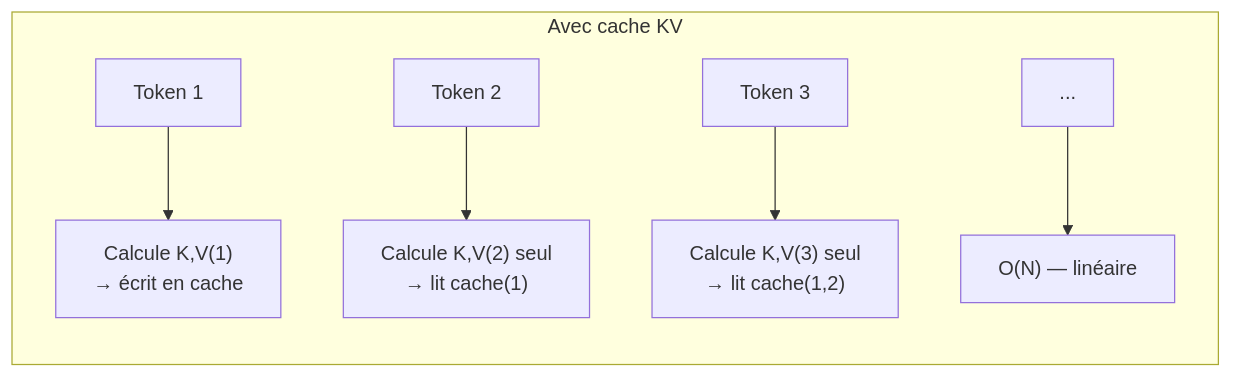
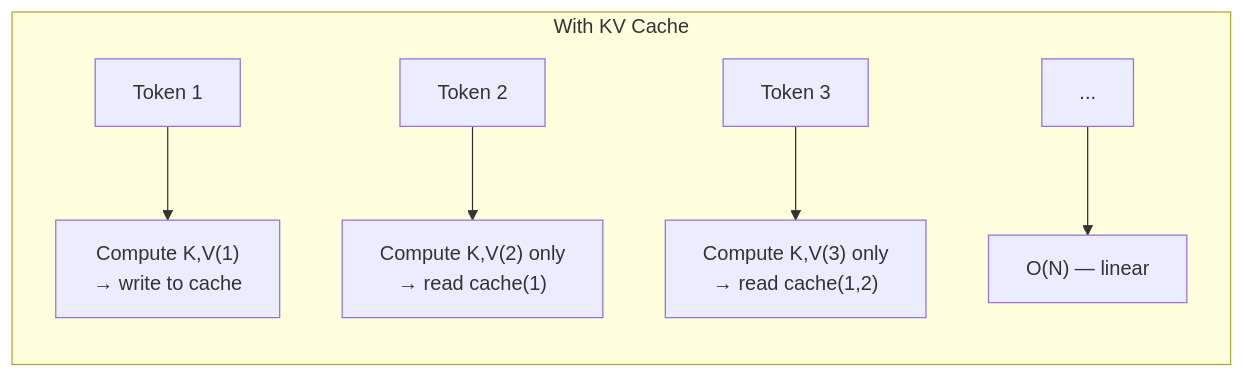
Before and after one commit to ADORSYS-GIS/Custom-Ai-Ops: the second of 9 diagrams in docs/explain/kv-cache.md, drawn with Mermaid. The commit also changed other lines of this file and 22 other files, not shown here.

````diff
--- a/docs/explain/kv-cache.md
+++ b/docs/explain/kv-cache.md
@@ -44,9 +44,9 @@
 ```mermaid
 flowchart LR
-    subgraph "Avec cache KV"
-        C1["Token 1"] --> D1["Calcule K,V(1)\n→ écrit en cache"]
-        C2["Token 2"] --> D2["Calcule K,V(2) seul\n→ lit cache(1)"]
-        C3["Token 3"] --> D3["Calcule K,V(3) seul\n→ lit cache(1,2)"]
-        C4["..."] --> D4["O(N) — linéaire"]
+    subgraph "With KV Cache"
+        C1["Token 1"] --> D1["Compute K,V(1)\n→ write to cache"]
+        C2["Token 2"] --> D2["Compute K,V(2) only\n→ read cache(1)"]
+        C3["Token 3"] --> D3["Compute K,V(3) only\n→ read cache(1,2)"]
+        C4["..."] --> D4["O(N) — linear"]
     end
 ```
````
